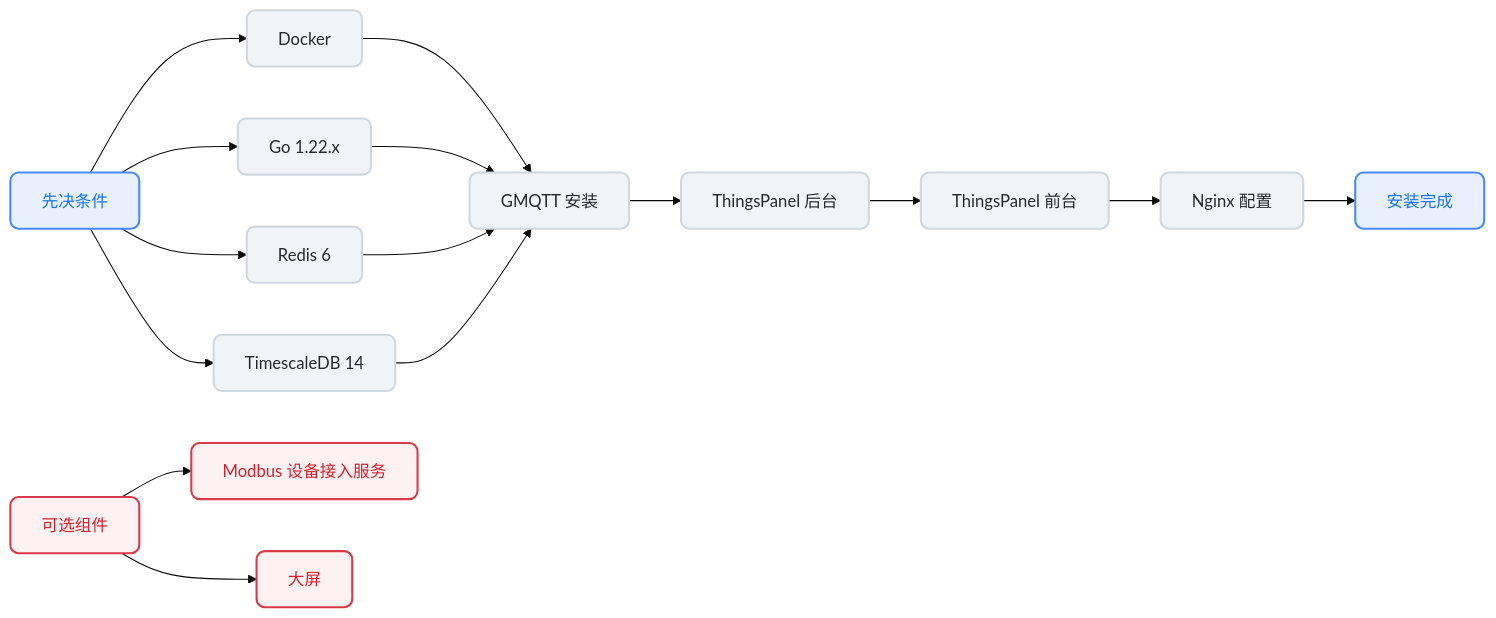
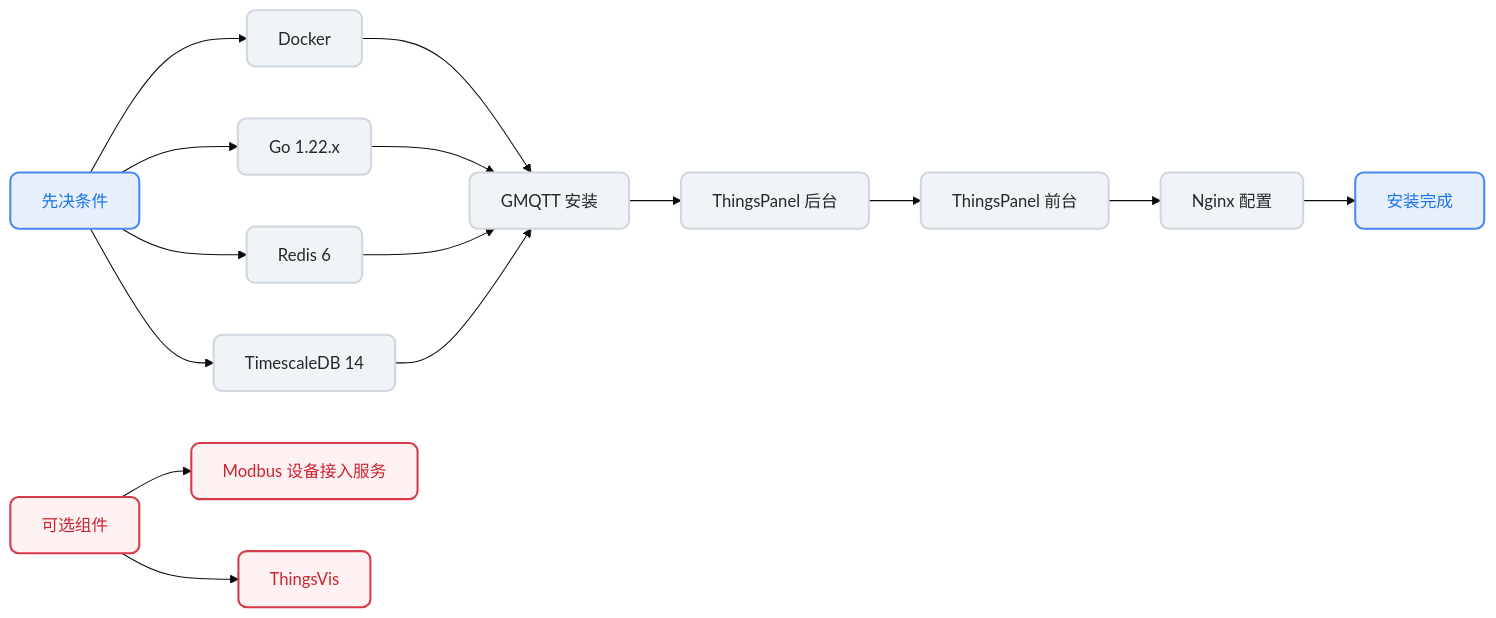
Before and after one commit to ThingsPanel/thingspanel.github.io: the diagram in i18n/zh-Hans/docusaurus-plugin-content-docs/current/installation/source-code-installation.md, drawn with Mermaid (base theme). The commit also changed other lines of this file and 3 other files, not shown here.

Commit message:
Update installation documentation for ThingsVis, adding details on Docker Compose and source installation options. Include port information for ThingsVis API and Studio, and clarify Nginx configuration for reverse proxy setup.

````diff
--- a/i18n/zh-Hans/docusaurus-plugin-content-docs/current/installation/source-code-installation.md
+++ b/i18n/zh-Hans/docusaurus-plugin-content-docs/current/installation/source-code-installation.md
@@ -7,29 +7,29 @@
 ```mermaid
 flowchart LR
     classDef default fill:#f0f4f8,stroke:#d0d7de,stroke-width:2px,color:#24292f,rx:8,ry:8
     classDef primary fill:#e8f0fe,stroke:#4a8af4,stroke-width:2px,color:#1a73e8,rx:8,ry:8
     classDef optional fill:#fef1f1,stroke:#d73a49,stroke-width:2px,color:#cb2431,rx:8,ry:8
 
     A[先决条件] --> B[Docker]
     A --> C[Go 1.22.x]
     A --> D[Redis 6]
     A --> E[TimescaleDB 14]
     
     B & C & D & E --> F[GMQTT 安装]
     F --> G[ThingsPanel 后台]
     G --> H[ThingsPanel 前台]
     
     H --> I[Nginx 配置]
     I --> J[安装完成]
     
     K[可选组件 ]
     K --> L[Modbus 设备接入服务]
-    K --> N[大屏]
+    K --> N[ThingsVis]
     
     style A fill:#e8f0fe,stroke:#4a8af4,color:#1a73e8
     style J fill:#e8f0fe,stroke:#4a8af4,color:#1a73e8
     style K fill:#fef1f1,stroke:#d73a49,color:#cb2431
     style L fill:#fef1f1,stroke:#d73a49,color:#cb2431
     style N fill:#fef1f1,stroke:#d73a49,color:#cb2431
 
 ```
````
